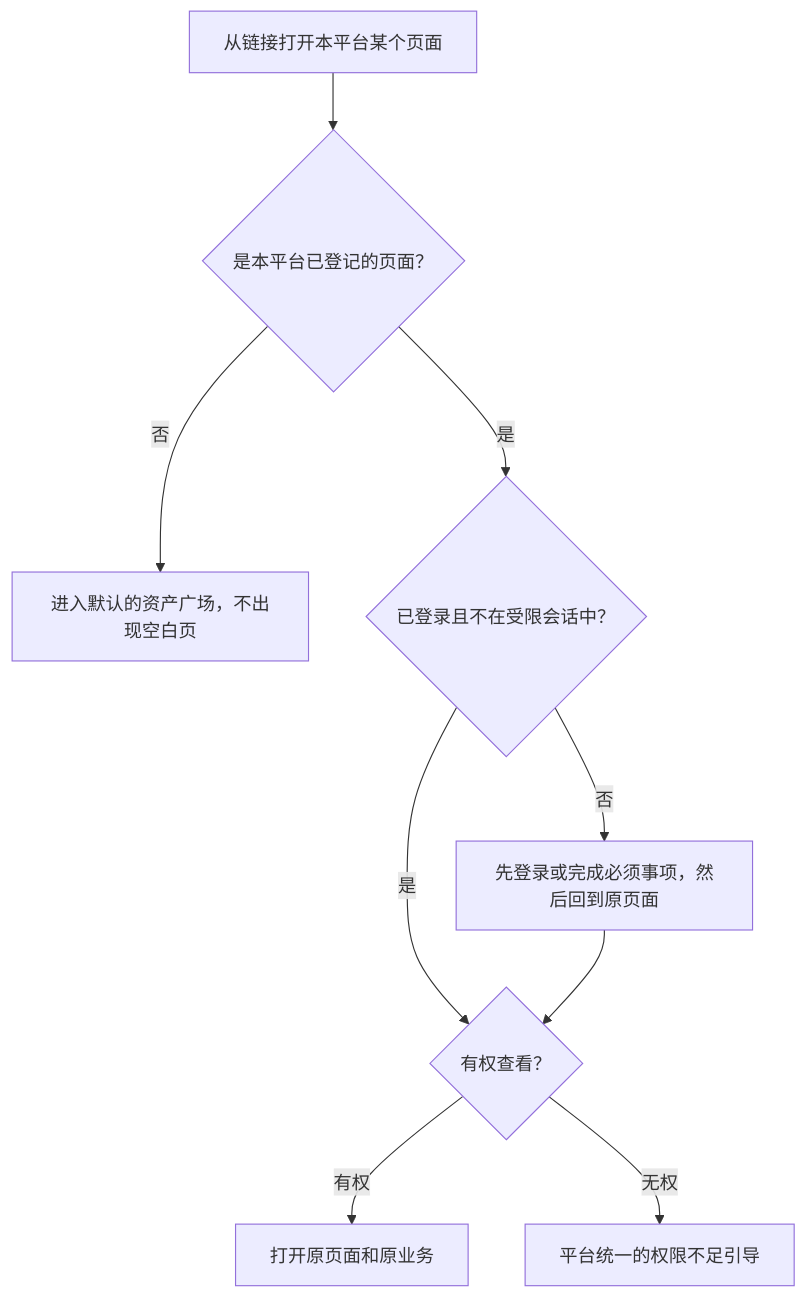
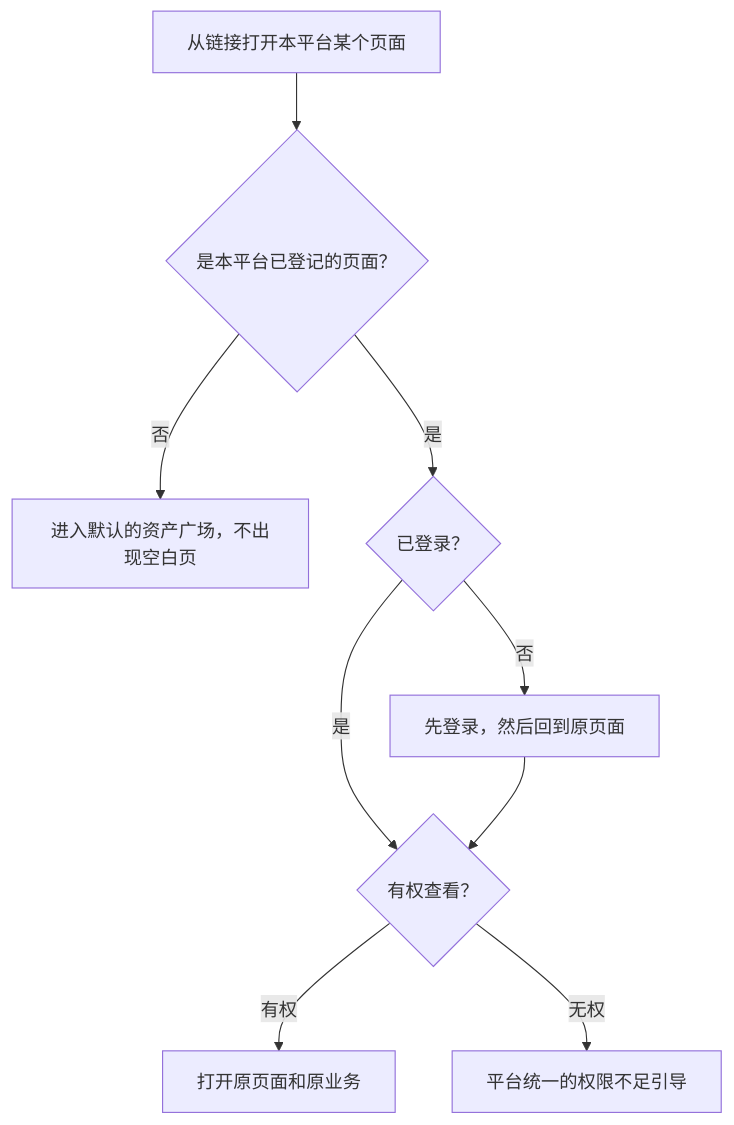
The fifth of 8 diagrams in lending-platform/PRD/面客端/10-面客消息中心/02-面客消息中心-流程图与状态机.md (wxblockchain/Chain-Financing), drawn with Mermaid before and after one commit. The commit also changed other lines of this file and 14 other files, not shown here.

````diff
--- a/lending-platform/PRD/面客端/10-面客消息中心/02-面客消息中心-流程图与状态机.md
+++ b/lending-platform/PRD/面客端/10-面客消息中心/02-面客消息中心-流程图与状态机.md
@@ -111,11 +111,11 @@
 ```mermaid
 flowchart TD
     A["从链接打开本平台某个页面"] --> B{"是本平台已登记的页面？"}
     B -->|否| C["进入默认的资产广场，不出现空白页"]
-    B -->|是| D{"已登录且不在受限会话中？"}
-    D -->|否| E["先登录或完成必须事项，然后回到原页面"]
+    B -->|是| D{"已登录？"}
+    D -->|否| E["先登录，然后回到原页面"]
     D -->|是| F{"有权查看？"}
     E --> F
     F -->|有权| G["打开原页面和原业务"]
     F -->|无权| H["平台统一的权限不足引导"]
 ```
````
